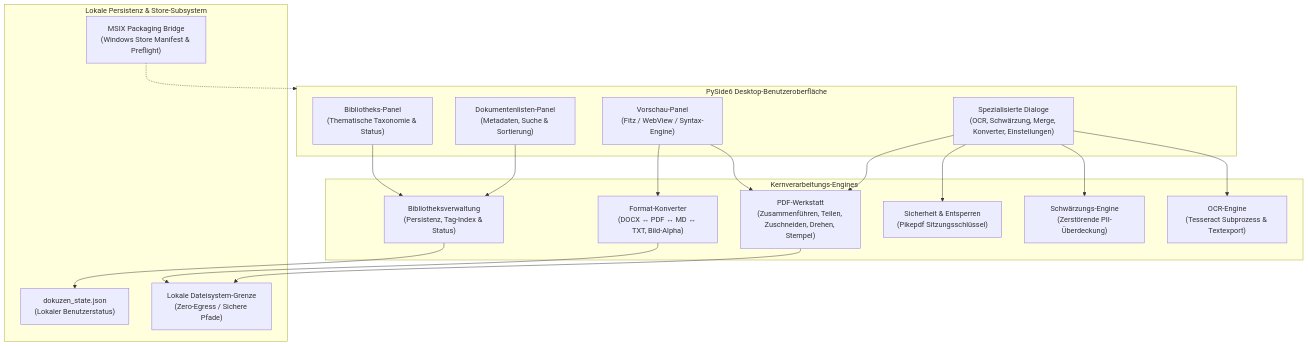
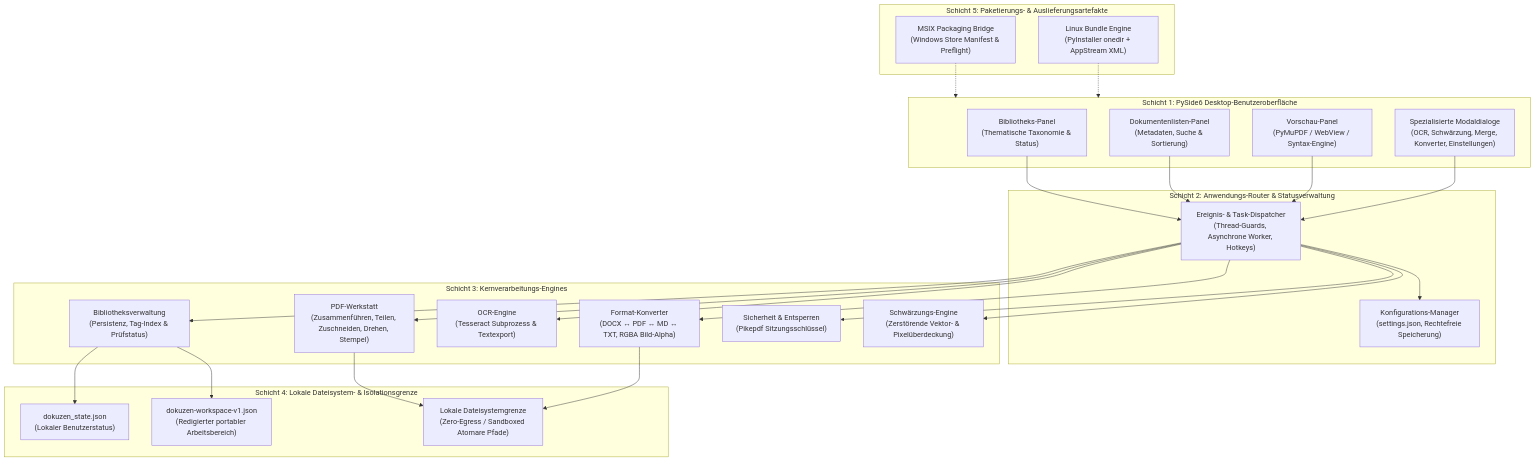
The first of 2 diagrams in README_de.md (doc-bricks/DokuZen), drawn with Mermaid before and after one commit. The commit also changed other lines of this file and 9 other files, not shown here.

First line of the commit message:
feat(marketing): Pfad B discoverability, visual architecture & metadata contract

````diff
--- a/README_de.md
+++ b/README_de.md
@@ -57,37 +65,52 @@
 ```mermaid
 flowchart TD
-    subgraph UI ["PySide6 Desktop-Benutzeroberfläche"]
+    subgraph UI ["Schicht 1: PySide6 Desktop-Benutzeroberfläche"]
         LP["Bibliotheks-Panel<br/>(Thematische Taxonomie & Status)"]
         DP["Dokumentenlisten-Panel<br/>(Metadaten, Suche & Sortierung)"]
-        PP["Vorschau-Panel<br/>(Fitz / WebView / Syntax-Engine)"]
-        DLG["Spezialisierte Dialoge<br/>(OCR, Schwärzung, Merge, Konverter, Einstellungen)"]
+        PP["Vorschau-Panel<br/>(PyMuPDF / WebView / Syntax-Engine)"]
+        DLG["Spezialisierte Modaldialoge<br/>(OCR, Schwärzung, Merge, Konverter, Einstellungen)"]
     end
 
-    subgraph Core ["Kernverarbeitungs-Engines"]
-        LIB["Bibliotheksverwaltung<br/>(Persistenz, Tag-Index & Status)"]
+    subgraph AppRouter ["Schicht 2: Anwendungs-Router & Statusverwaltung"]
+        ROUTER["Ereignis- & Task-Dispatcher<br/>(Thread-Guards, Asynchrone Worker, Hotkeys)"]
+        SETTINGS["Konfigurations-Manager<br/>(settings.json, Rechtefreie Speicherung)"]
+    end
+
+    subgraph Core ["Schicht 3: Kernverarbeitungs-Engines"]
+        LIB["Bibliotheksverwaltung<br/>(Persistenz, Tag-Index & Prüfstatus)"]
         PDF["PDF-Werkstatt<br/>(Zusammenführen, Teilen, Zuschneiden, Drehen, Stempel)"]
         OCR["OCR-Engine<br/>(Tesseract Subprozess & Textexport)"]
-        CVT["Format-Konverter<br/>(DOCX ↔ PDF ↔ MD ↔ TXT, Bild-Alpha)"]
+        CVT["Format-Konverter<br/>(DOCX ↔ PDF ↔ MD ↔ TXT, RGBA Bild-Alpha)"]
         SEC["Sicherheit & Entsperren<br/>(Pikepdf Sitzungsschlüssel)"]
-        RED["Schwärzungs-Engine<br/>(Zerstörende PII-Überdeckung)"]
+        RED["Schwärzungs-Engine<br/>(Zerstörende Vektor- & Pixelüberdeckung)"]
     end
 
-    subgraph Storage ["Lokale Persistenz & Store-Subsystem"]
+    subgraph Storage ["Schicht 4: Lokale Dateisystem- & Isolationsgrenze"]
         STATE["dokuzen_state.json<br/>(Lokaler Benutzerstatus)"]
-        FS["Lokale Dateisystem-Grenze<br/>(Zero-Egress / Sichere Pfade)"]
-        MSIX["MSIX Packaging Bridge<br/>(Windows Store Manifest & Preflight)"]
+        WSEXPORT["dokuzen-workspace-v1.json<br/>(Redigierter portabler Arbeitsbereich)"]
+        FS["Lokale Dateisystemgrenze<br/>(Zero-Egress / Sandboxed Atomare Pfade)"]
     end
 
-    LP --> LIB
-    DP --> LIB
-    PP --> PDF
-    PP --> CVT
-    DLG --> OCR
-    DLG --> RED
-    DLG --> SEC
-    DLG --> PDF
+    subgraph Distribution ["Schicht 5: Paketierungs- & Auslieferungsartefakte"]
+        MSIX["MSIX Packaging Bridge<br/>(Windows Store Manifest & Preflight)"]
+        LINUX["Linux Bundle Engine<br/>(PyInstaller onedir + AppStream XML)"]
+    end
+
+    LP --> ROUTER
+    DP --> ROUTER
+    PP --> ROUTER
+    DLG --> ROUTER
+    ROUTER --> LIB
+    ROUTER --> PDF
+    ROUTER --> OCR
+    ROUTER --> CVT
+    ROUTER --> SEC
+    ROUTER --> RED
+    ROUTER --> SETTINGS
+    LIB --> STATE
+    LIB --> WSEXPORT
     PDF --> FS
     CVT --> FS
-    LIB --> STATE
     MSIX -.-> UI
+    LINUX -.-> UI
 ```
````
